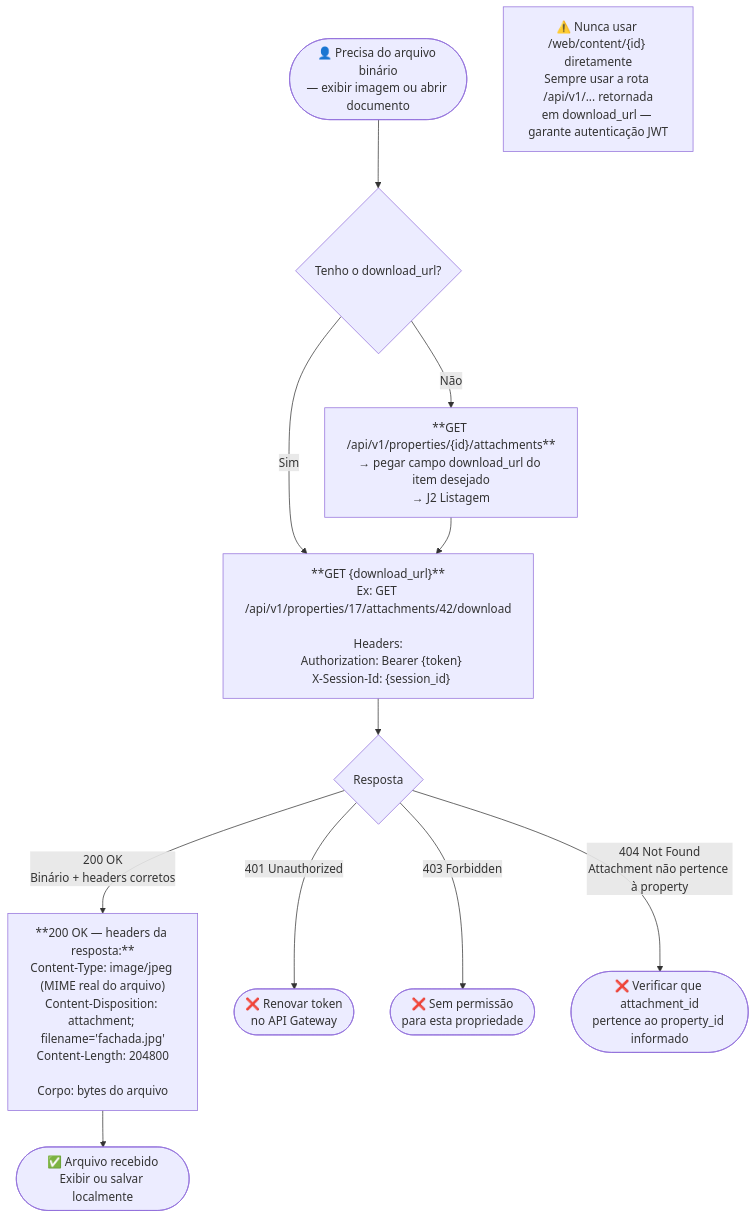
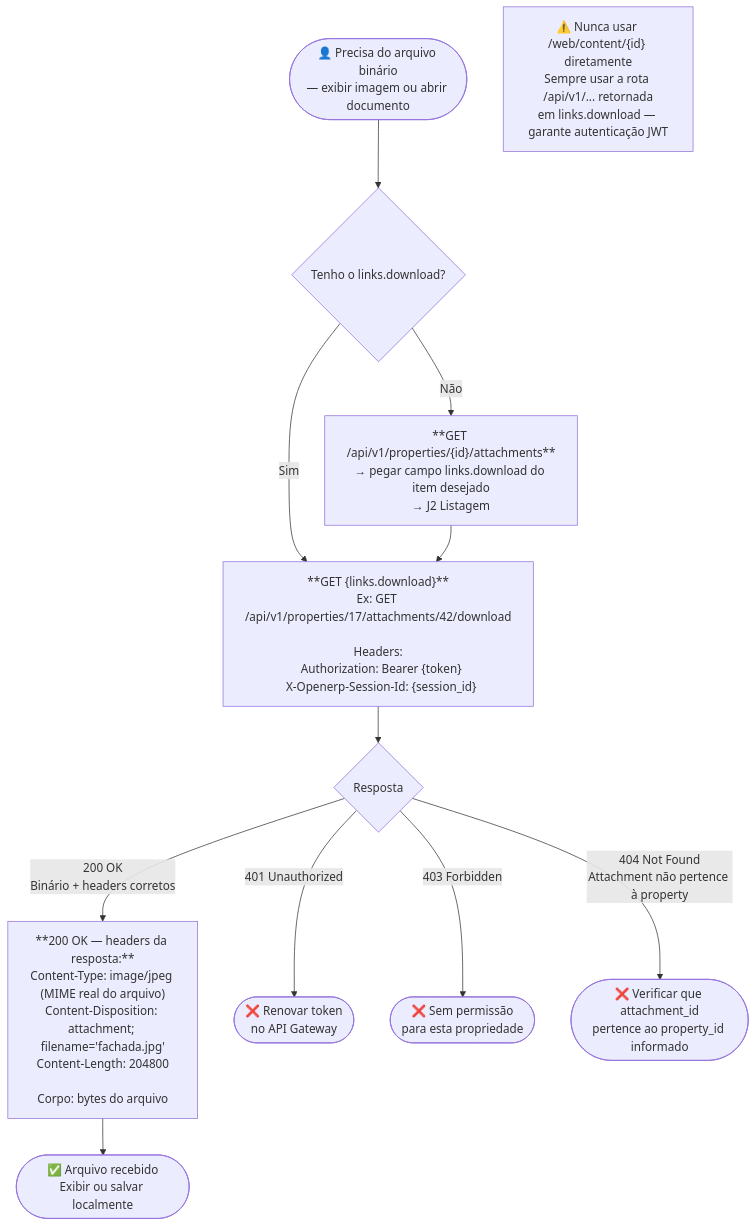
One commit to luanalves/realestate_backend changed the fourth of 6 diagrams in specs/017-property-attachments-upload-api/flowcharts.md. Above: the diagram before and after it, drawn with Mermaid. The commit also changed other lines of this file and 1 other file, not shown here.

First line of the commit message:
docs(017): fix flowcharts + update Postman to v1.29

````diff
--- a/specs/017-property-attachments-upload-api/flowcharts.md
+++ b/specs/017-property-attachments-upload-api/flowcharts.md
@@ -108,20 +108,20 @@
 ```mermaid
 flowchart TD
     Start([👤 Precisa do arquivo binário\n— exibir imagem ou abrir documento]) --> D0
 
-    D0{Tenho o download_url?}
-    D0 -->|Não| D0b["**GET /api/v1/properties/{id}/attachments**\n→ pegar campo download_url do item desejado\n→ J2 Listagem"]
+    D0{Tenho o links.download?}
+    D0 -->|Não| D0b["**GET /api/v1/properties/{id}/attachments**\n→ pegar campo links.download do item desejado\n→ J2 Listagem"]
     D0 -->|Sim| D1
     D0b --> D1
 
-    D1["**GET {download_url}**\nEx: GET /api/v1/properties/17/attachments/42/download\n\nHeaders:\n  Authorization: Bearer {token}\n  X-Session-Id: {session_id}"] --> D1R{Resposta}
+    D1["**GET {links.download}**\nEx: GET /api/v1/properties/17/attachments/42/download\n\nHeaders:\n  Authorization: Bearer {token}\n  X-Openerp-Session-Id: {session_id}"] --> D1R{Resposta}
 
     D1R -->|200 OK\nBinário + headers corretos| D2
     D1R -->|401 Unauthorized| ERR1([❌ Renovar token\nno API Gateway])
     D1R -->|403 Forbidden| ERR2([❌ Sem permissão\npara esta propriedade])
     D1R -->|404 Not Found\nAttachment não pertence à property| ERR3([❌ Verificar que attachment_id\npertence ao property_id informado])
 
     D2["**200 OK — headers da resposta:**\nContent-Type: image/jpeg (MIME real do arquivo)\nContent-Disposition: attachment; filename='fachada.jpg'\nContent-Length: 204800\n\nCorpo: bytes do arquivo"] --> Done([✅ Arquivo recebido\nExibir ou salvar localmente])
 
-    note1["⚠️ Nunca usar /web/content/{id} diretamente\nSempre usar a rota /api/v1/... retornada\nem download_url — garante autenticação JWT"]
+    note1["⚠️ Nunca usar /web/content/{id} diretamente\nSempre usar a rota /api/v1/... retornada\nem links.download — garante autenticação JWT"]
 ```
````
